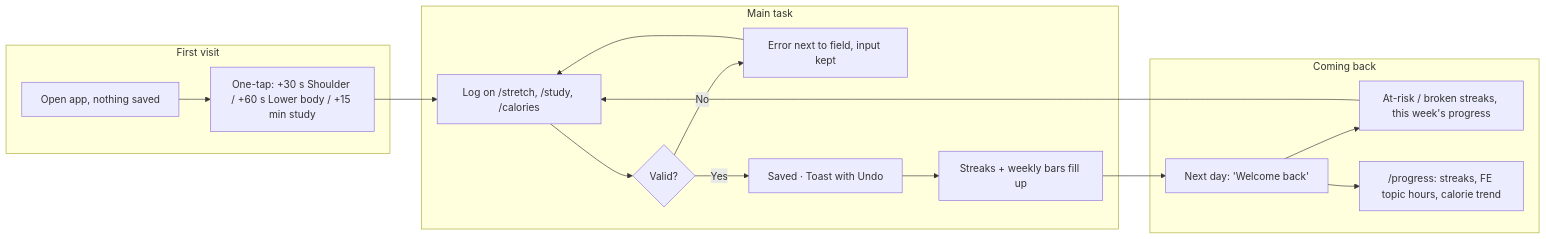
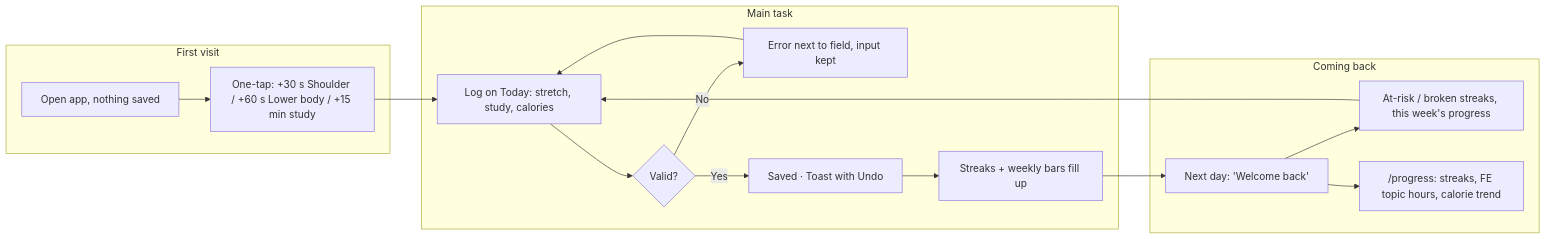
Before and after one commit to phamkd17/DBS-Assignment3: the diagram in README.md, drawn with Mermaid. The commit also changed 9 other files, not shown here.

````diff
--- a/README.md
+++ b/README.md
@@ -29,19 +29,19 @@
 ```mermaid
 flowchart LR
   subgraph First visit
     A[Open app, nothing saved] --> B["One-tap: +30 s Shoulder / +60 s Lower body / +15 min study"]
   end
   subgraph Main task
-    B --> C[Log on /stretch, /study, /calories]
+    B --> C[Log on Today: stretch, study, calories]
     C --> D{Valid?}
     D -- No --> E["Error next to field, input kept"] --> C
     D -- Yes --> F["Saved · Toast with Undo"]
     F --> G["Streaks + weekly bars fill up"]
   end
   subgraph Coming back
     G --> H["Next day: 'Welcome back'"]
     H --> I["At-risk / broken streaks, this week's progress"]
     I --> C
     H --> J["/progress: streaks, FE topic hours, calorie trend"]
   end
 ```
````
